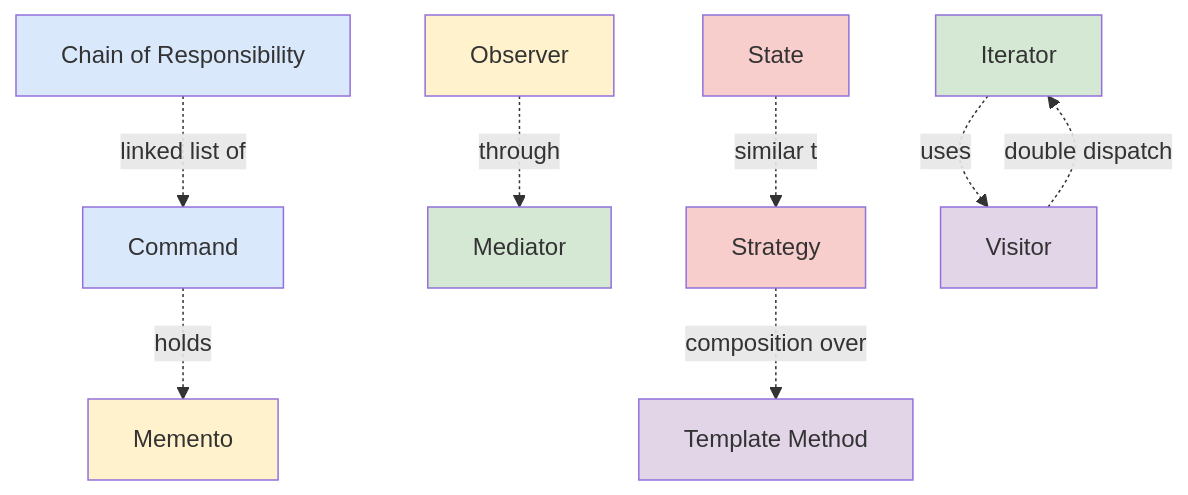
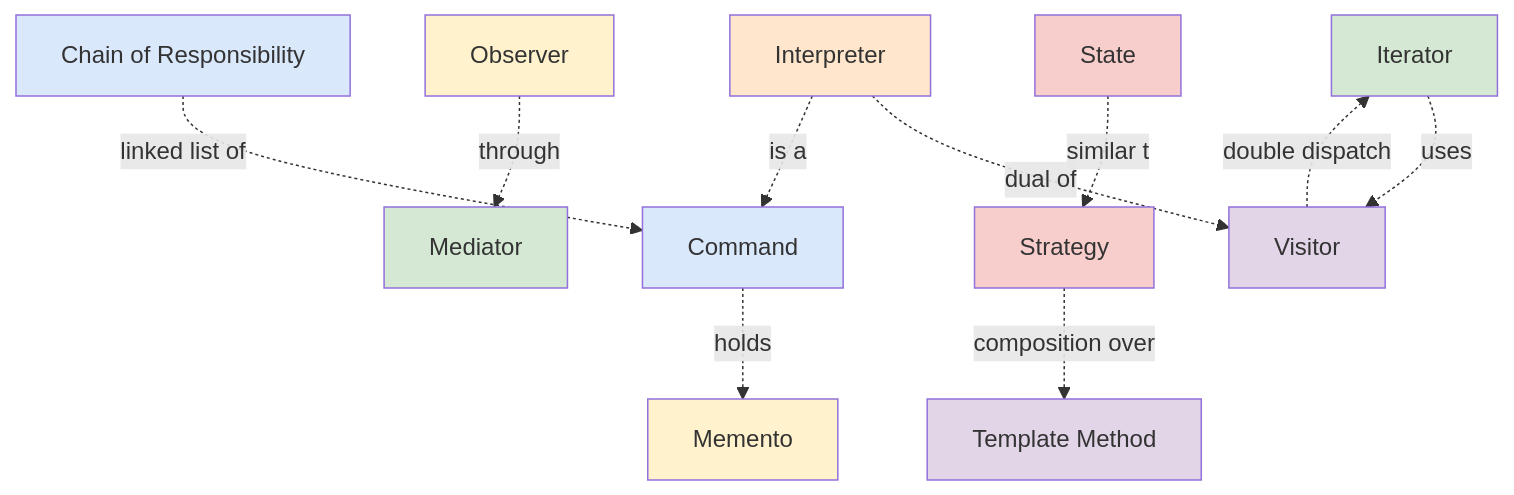
Before and after one commit to BakhodiribnYashinibnMansur/SeniorProject: the diagram in Roadmap/Programming-Languages/design-patterns/03-behavioral/README.md, drawn with Mermaid. The commit also changed other lines of this file and 9 other files, not shown here.

````diff
--- a/Roadmap/Programming-Languages/design-patterns/03-behavioral/README.md
+++ b/Roadmap/Programming-Languages/design-patterns/03-behavioral/README.md
@@ -124,32 +138,36 @@
 ```mermaid
 graph TD
     CO[Chain of Responsibility]
     CM[Command]
     IT[Iterator]
     MD[Mediator]
     MM[Memento]
     OB[Observer]
     ST[State]
     SR[Strategy]
     TM[Template Method]
     VS[Visitor]
+    IN[Interpreter]
 
     ST -.similar to.-> SR
     CM -.holds.-> MM
     OB -.through.-> MD
     CO -.linked list of.-> CM
     IT -.uses.-> VS
     SR -.composition over.-> TM
     VS -.double dispatch.-> IT
+    IN -.dual of.-> VS
+    IN -.is a.-> CM
 
     style CO fill:#dae8fc
     style CM fill:#dae8fc
     style IT fill:#d5e8d4
     style MD fill:#d5e8d4
     style MM fill:#fff2cc
     style OB fill:#fff2cc
     style ST fill:#f8cecc
     style SR fill:#f8cecc
     style TM fill:#e1d5e7
     style VS fill:#e1d5e7
+    style IN fill:#ffe6cc
 ```
````
